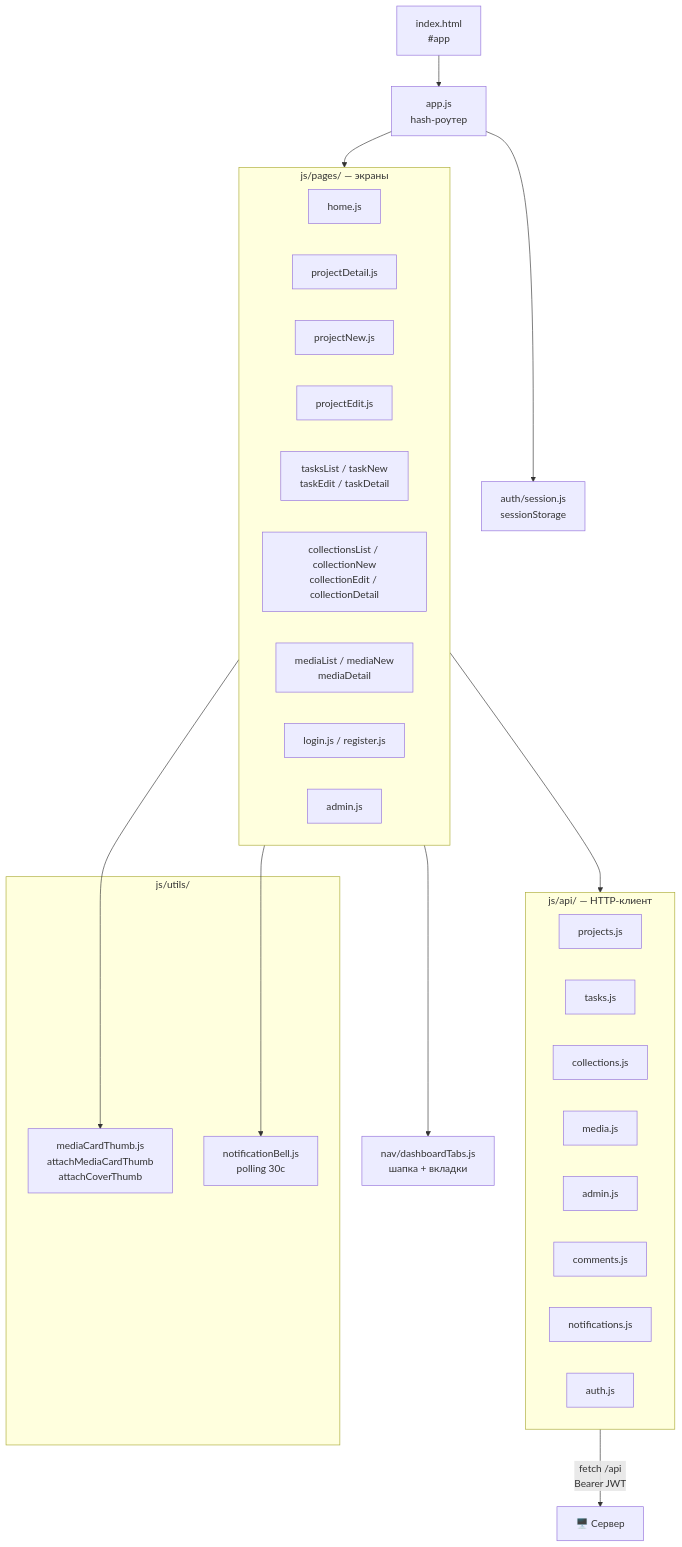
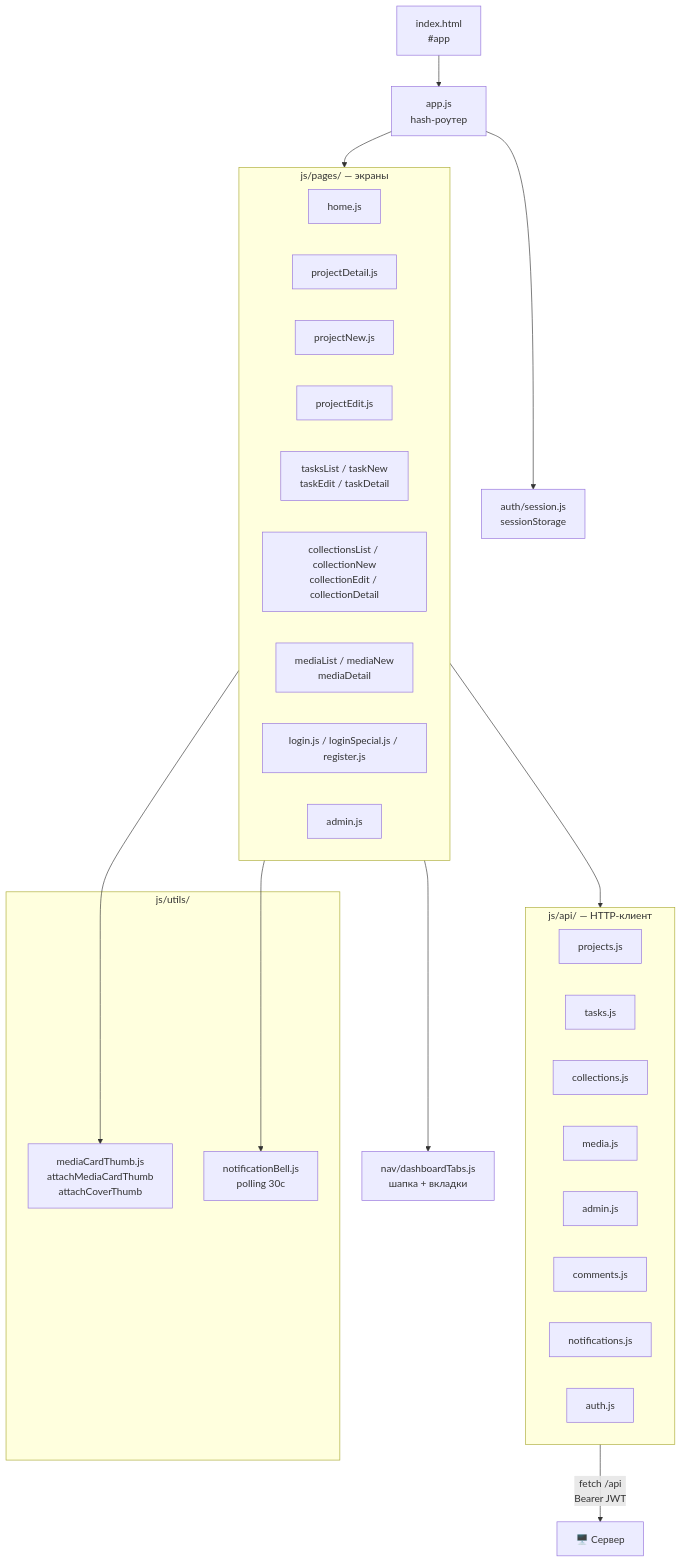
Before and after one commit to eQurane/mox: the fourth of 8 diagrams in report/README.md, drawn with Mermaid. The commit also changed other lines of this file and 11 other files, not shown here.

Commit message:
add login-special page; add dockerfile and docker-compose

````diff
--- a/report/README.md
+++ b/report/README.md
@@ -276,43 +278,43 @@
 ```mermaid
 graph TD
     HTML["index.html\n#app"] --> AppJS["app.js\nhash-роутер"]
 
     AppJS --> Session["auth/session.js\nsessionStorage"]
     AppJS --> Pages
 
     subgraph Pages["js/pages/ — экраны"]
         Home["home.js"]
         ProjD["projectDetail.js"]
         ProjN["projectNew.js"]
         ProjE["projectEdit.js"]
         Tasks["tasksList / taskNew\ntaskEdit / taskDetail"]
         Colls["collectionsList / collectionNew\ncollectionEdit / collectionDetail"]
         Media["mediaList / mediaNew\nmediaDetail"]
-        Auth["login.js / register.js"]
+        Auth["login.js / loginSpecial.js / register.js"]
         Admin["admin.js"]
     end
 
     subgraph API["js/api/ — HTTP-клиент"]
         AProj["projects.js"]
         ATasks["tasks.js"]
         AColls["collections.js"]
         AMedia["media.js"]
         AAdmin["admin.js"]
         AComm["comments.js"]
         ANotif["notifications.js"]
         AAuth["auth.js"]
     end
 
     subgraph Utils["js/utils/"]
         Thumb["mediaCardThumb.js\nattachMediaCardThumb\nattachCoverThumb"]
         Bell["notificationBell.js\npolling 30с"]
     end
 
     Nav["nav/dashboardTabs.js\nшапка + вкладки"]
 
     Pages --> API
     Pages --> Thumb
     Pages --> Bell
     Pages --> Nav
     API -- "fetch /api\nBearer JWT" --> Backend["🖥️ Сервер"]
 ```
````
